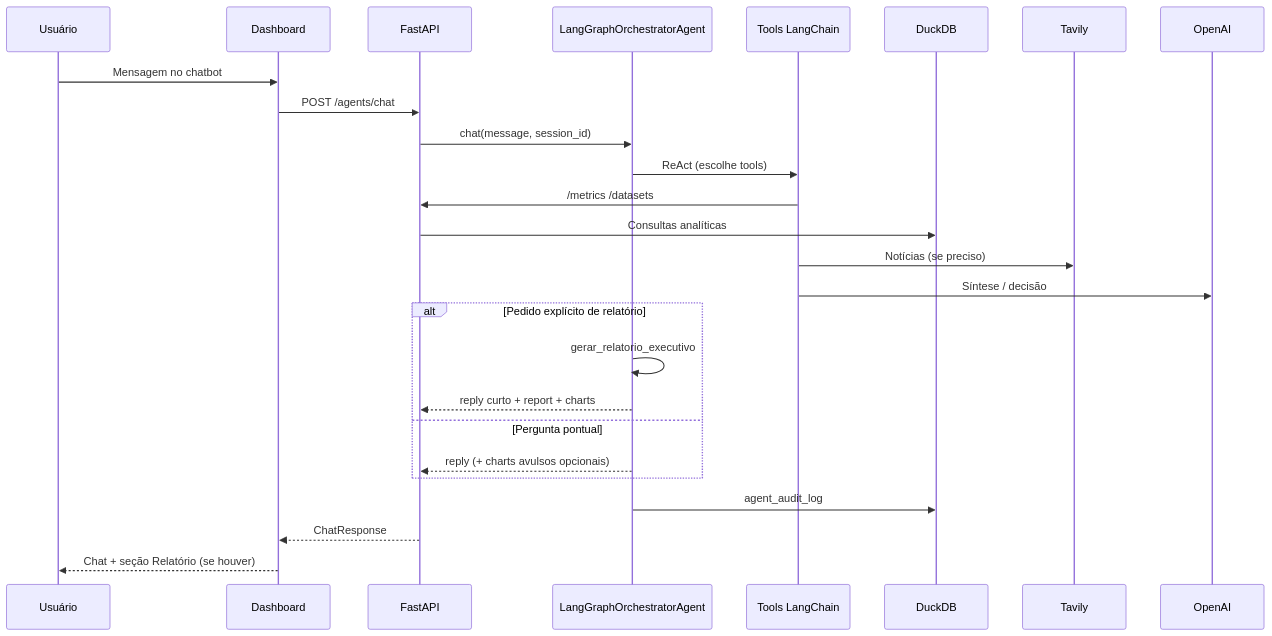
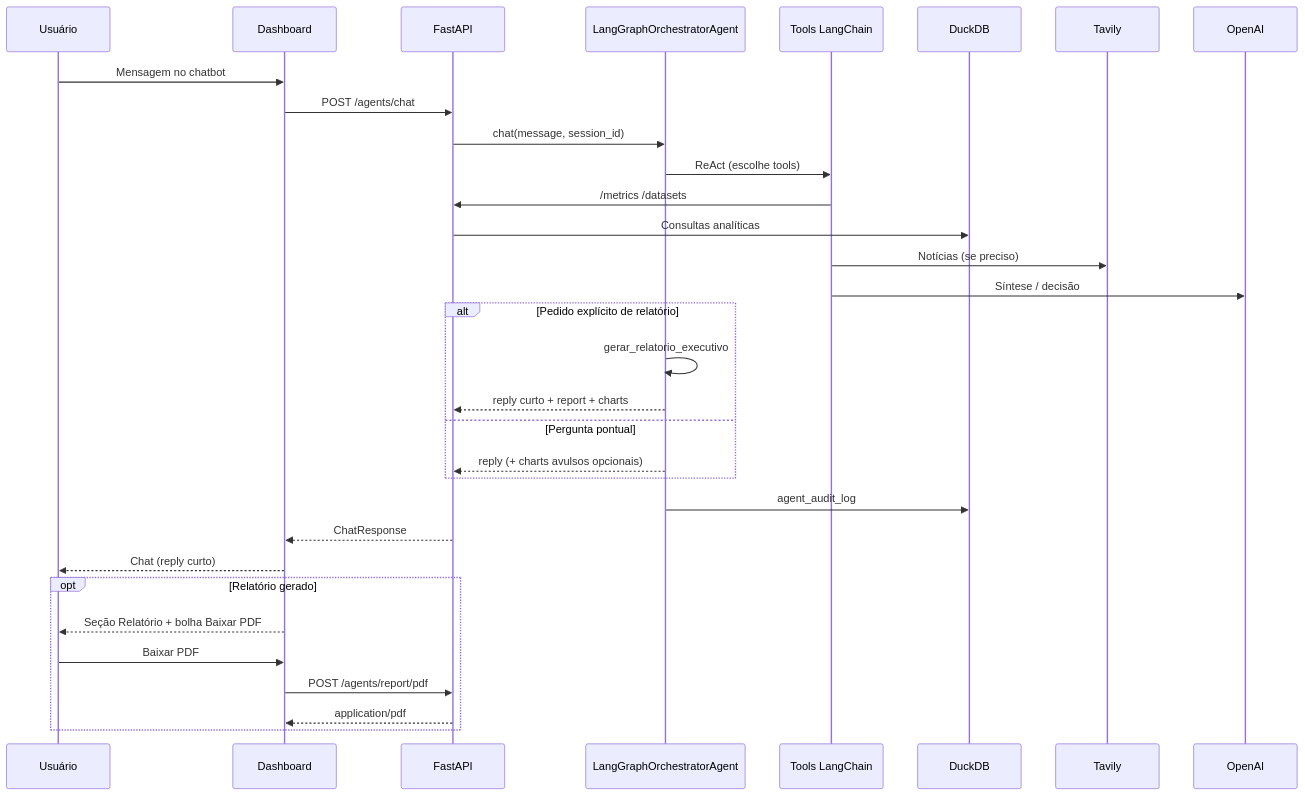
Before and after one commit to johnwsl/srag-data-health-agent-monitor: the second of 2 diagrams in docs/arquitetura_solucao_srag.md, drawn with Mermaid. The commit also changed other lines of this file and 25 other files, not shown here.

First line of the commit message:
Relatório pdf (#3)

````diff
--- a/docs/arquitetura_solucao_srag.md
+++ b/docs/arquitetura_solucao_srag.md
@@ -117,29 +133,35 @@
 ```mermaid
 sequenceDiagram
     participant U as Usuário
     participant F as Dashboard
     participant A as FastAPI
     participant O as LangGraphOrchestratorAgent
     participant Tools as Tools LangChain
     participant DB as DuckDB
     participant TV as Tavily
     participant L as OpenAI
 
     U->>F: Mensagem no chatbot
     F->>A: POST /agents/chat
     A->>O: chat(message, session_id)
     O->>Tools: ReAct (escolhe tools)
     Tools->>A: /metrics /datasets
     A->>DB: Consultas analíticas
     Tools->>TV: Notícias (se preciso)
     Tools->>L: Síntese / decisão
     alt Pedido explícito de relatório
         O->>O: gerar_relatorio_executivo
         O-->>A: reply curto + report + charts
     else Pergunta pontual
         O-->>A: reply (+ charts avulsos opcionais)
     end
     O->>DB: agent_audit_log
     A-->>F: ChatResponse
-    F-->>U: Chat + seção Relatório (se houver)
+    F-->>U: Chat (reply curto)
+    opt Relatório gerado
+        F-->>U: Seção Relatório + bolha Baixar PDF
+        U->>F: Baixar PDF
+        F->>A: POST /agents/report/pdf
+        A-->>F: application/pdf
+    end
 ```
````
